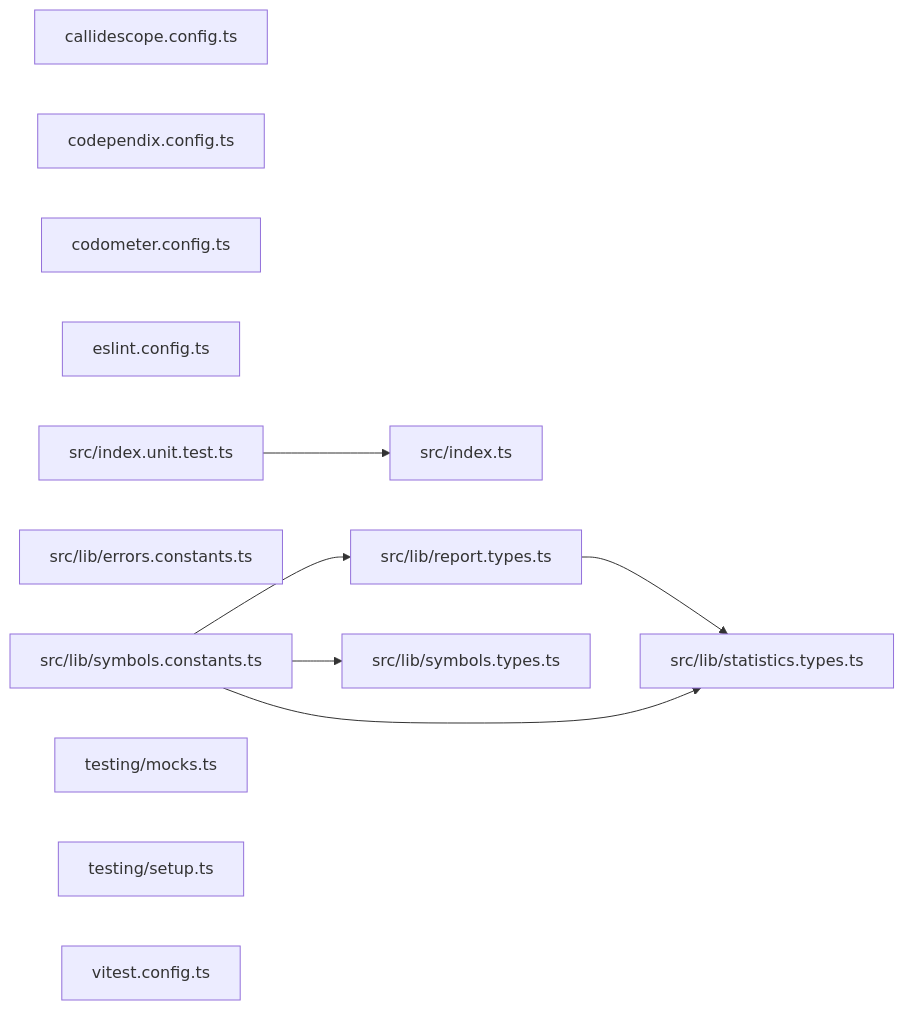
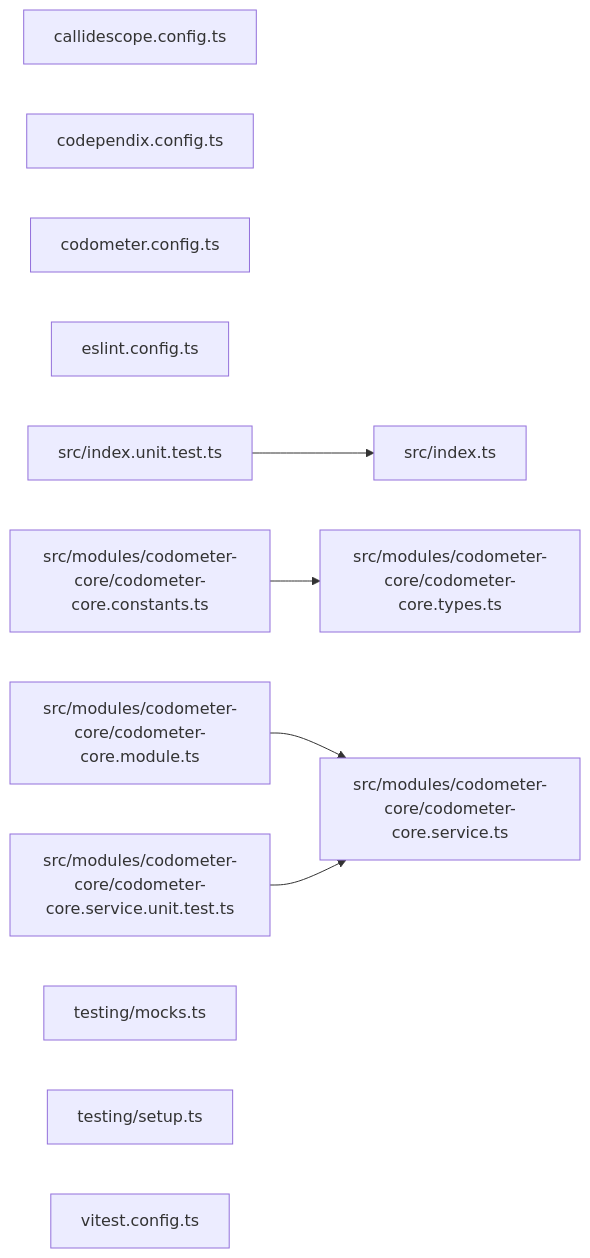
The third of 3 diagrams in packages/ic-suite/codometer/codometer-core/README.md (JimmyPaolini/codebase), drawn with Mermaid before and after one commit. The commit also changed other lines of this file and 17 other files, not shown here.

````diff
--- a/packages/ic-suite/codometer/codometer-core/README.md
+++ b/packages/ic-suite/codometer/codometer-core/README.md
@@ -60,22 +65,21 @@
 ```mermaid
 graph LR
   file_callidescope_config_ts["callidescope.config.ts"]
   file_codependix_config_ts["codependix.config.ts"]
   file_codometer_config_ts["codometer.config.ts"]
   file_eslint_config_ts["eslint.config.ts"]
   file_src_index_ts["src/index.ts"]
   file_src_index_unit_test_ts["src/index.unit.test.ts"]
-  file_src_lib_errors_constants_ts["src/lib/errors.constants.ts"]
-  file_src_lib_report_types_ts["src/lib/report.types.ts"]
-  file_src_lib_statistics_types_ts["src/lib/statistics.types.ts"]
-  file_src_lib_symbols_constants_ts["src/lib/symbols.constants.ts"]
-  file_src_lib_symbols_types_ts["src/lib/symbols.types.ts"]
+  file_src_modules_codometer_core_codometer_core_constants_ts["src/modules/codometer-core/codometer-core.constants.ts"]
+  file_src_modules_codometer_core_codometer_core_module_ts["src/modules/codometer-core/codometer-core.module.ts"]
+  file_src_modules_codometer_core_codometer_core_service_ts["src/modules/codometer-core/codometer-core.service.ts"]
+  file_src_modules_codometer_core_codometer_core_service_unit_test_ts["src/modules/codometer-core/codometer-core.service.unit.test.ts"]
+  file_src_modules_codometer_core_codometer_core_types_ts["src/modules/codometer-core/codometer-core.types.ts"]
   file_testing_mocks_ts["testing/mocks.ts"]
   file_testing_setup_ts["testing/setup.ts"]
   file_vitest_config_ts["vitest.config.ts"]
   file_src_index_unit_test_ts --> file_src_index_ts
-  file_src_lib_report_types_ts --> file_src_lib_statistics_types_ts
-  file_src_lib_symbols_constants_ts --> file_src_lib_report_types_ts
-  file_src_lib_symbols_constants_ts --> file_src_lib_statistics_types_ts
-  file_src_lib_symbols_constants_ts --> file_src_lib_symbols_types_ts
+  file_src_modules_codometer_core_codometer_core_constants_ts --> file_src_modules_codometer_core_codometer_core_types_ts
+  file_src_modules_codometer_core_codometer_core_module_ts --> file_src_modules_codometer_core_codometer_core_service_ts
+  file_src_modules_codometer_core_codometer_core_service_unit_test_ts --> file_src_modules_codometer_core_codometer_core_service_ts
 ```
````
